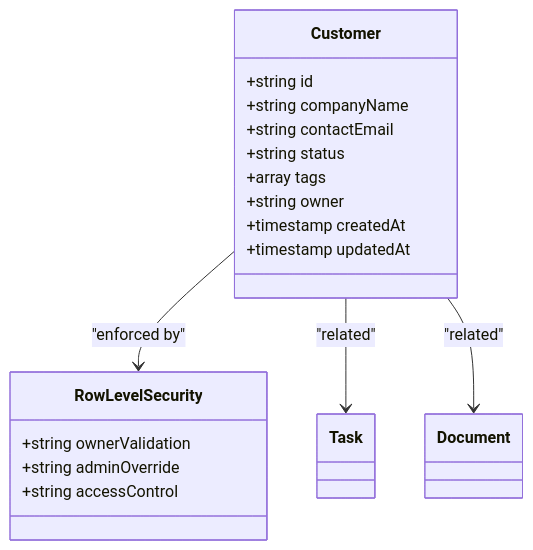
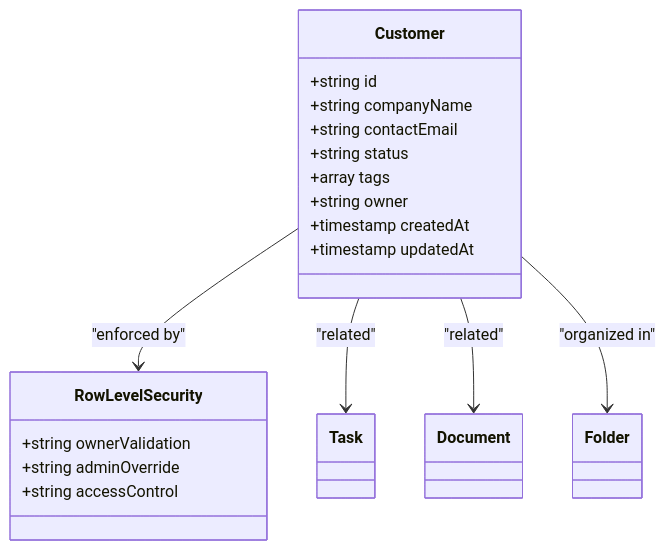
One commit to ngothanhtung/claude-code-shadcn-dashboard changed the fourth of 11 diagrams in .qoder/repowiki/en/content/Database Schema.md. Above: the diagram before and after it, drawn with Mermaid. The commit also changed other lines of this file and 112 other files, not shown here.

````diff
--- a/.qoder/repowiki/en/content/Database Schema.md
+++ b/.qoder/repowiki/en/content/Database Schema.md
@@ -187,21 +201,22 @@
 ```mermaid
 classDiagram
 class Customer {
 +string id
 +string companyName
 +string contactEmail
 +string status
 +array tags
 +string owner
 +timestamp createdAt
 +timestamp updatedAt
 }
 class RowLevelSecurity {
 +string ownerValidation
 +string adminOverride
 +string accessControl
 }
 Customer --> RowLevelSecurity : "enforced by"
 Customer --> Task : "related"
 Customer --> Document : "related"
+Customer --> Folder : "organized in"
 ```
````
